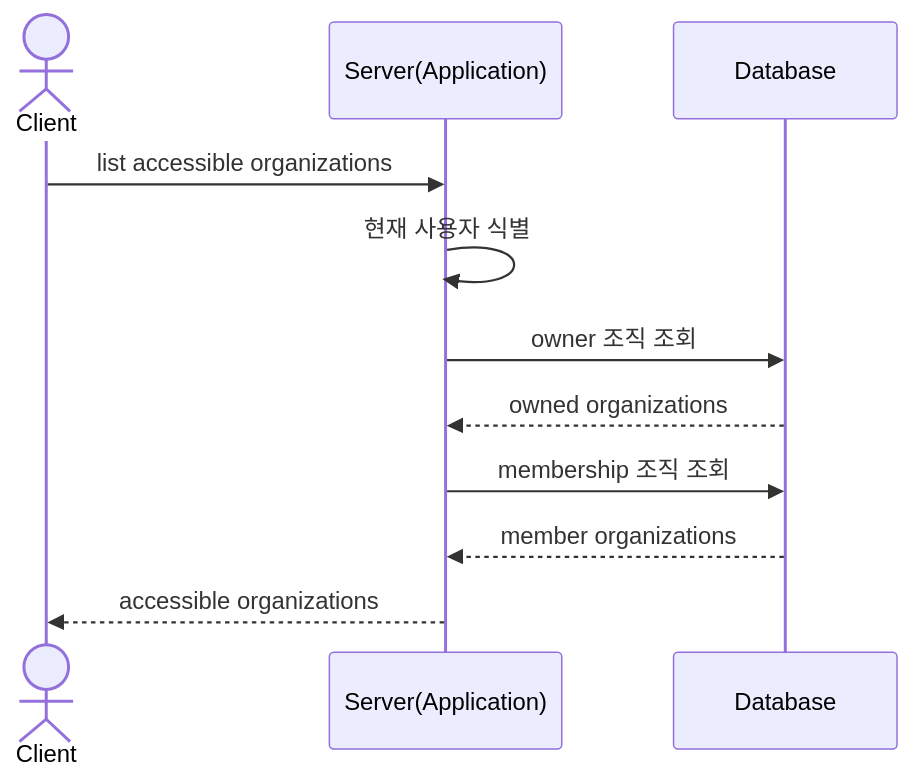
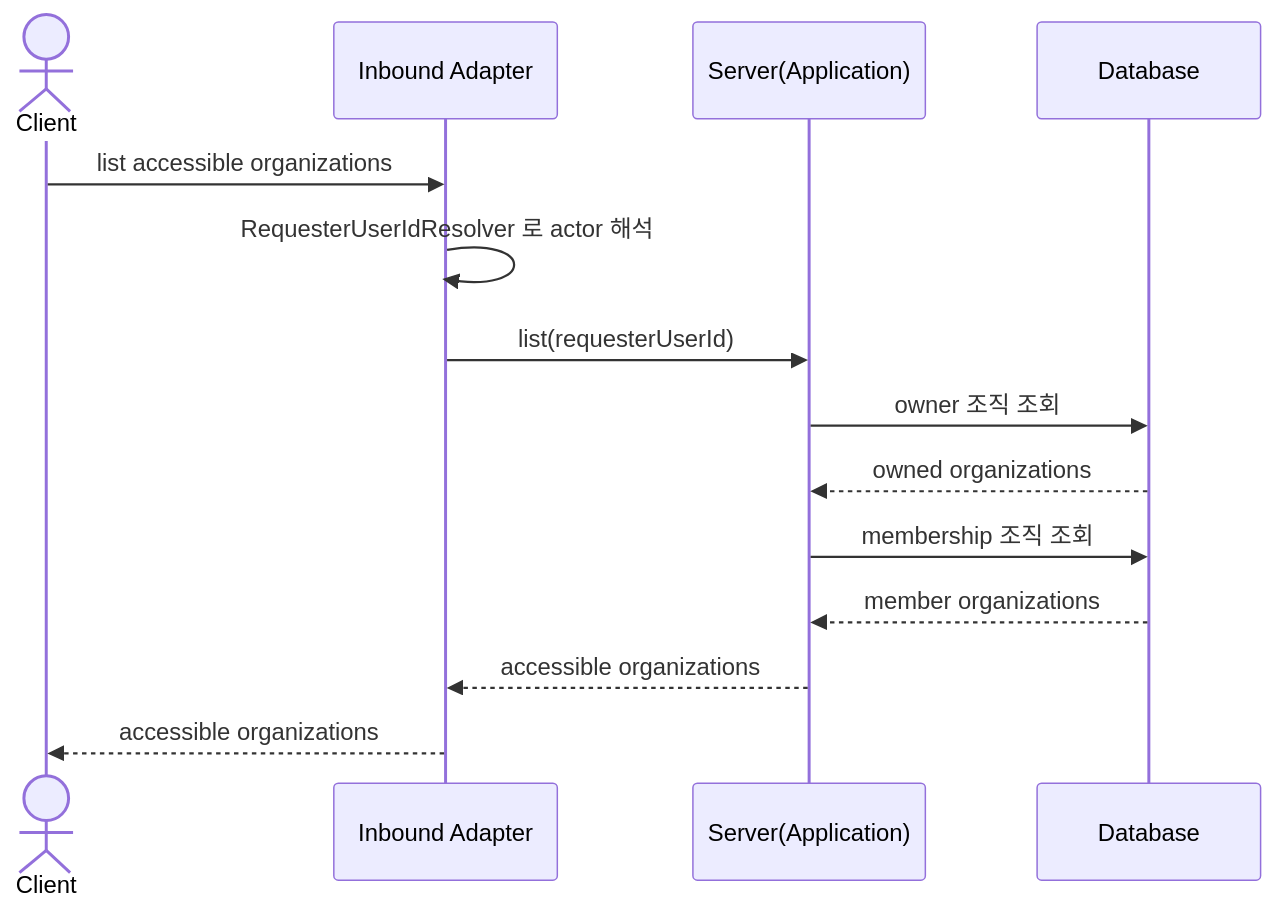
One commit to jgitkins/jgitkins changed the fifth of 5 diagrams in docs/bounded-context/collaboration/diagrams.md. Above: the diagram before and after it, drawn with Mermaid. The commit also changed other lines of this file, not shown here.

First line of the commit message:
docs(collaboration): update the diagrams to the flow the code actually runs

````diff
--- a/docs/bounded-context/collaboration/diagrams.md
+++ b/docs/bounded-context/collaboration/diagrams.md
@@ -138,14 +177,17 @@
 ```mermaid
 sequenceDiagram
     actor Client
+    participant In as Inbound Adapter
     participant App as Server(Application)
     participant DB as Database
 
-    Client->>App: list accessible organizations
-    App->>App: 현재 사용자 식별
+    Client->>In: list accessible organizations
+    In->>In: RequesterUserIdResolver 로 actor 해석
+    In->>App: list(requesterUserId)
     App->>DB: owner 조직 조회
     DB-->>App: owned organizations
     App->>DB: membership 조직 조회
     DB-->>App: member organizations
-    App-->>Client: accessible organizations
+    App-->>In: accessible organizations
+    In-->>Client: accessible organizations
 ```
````
